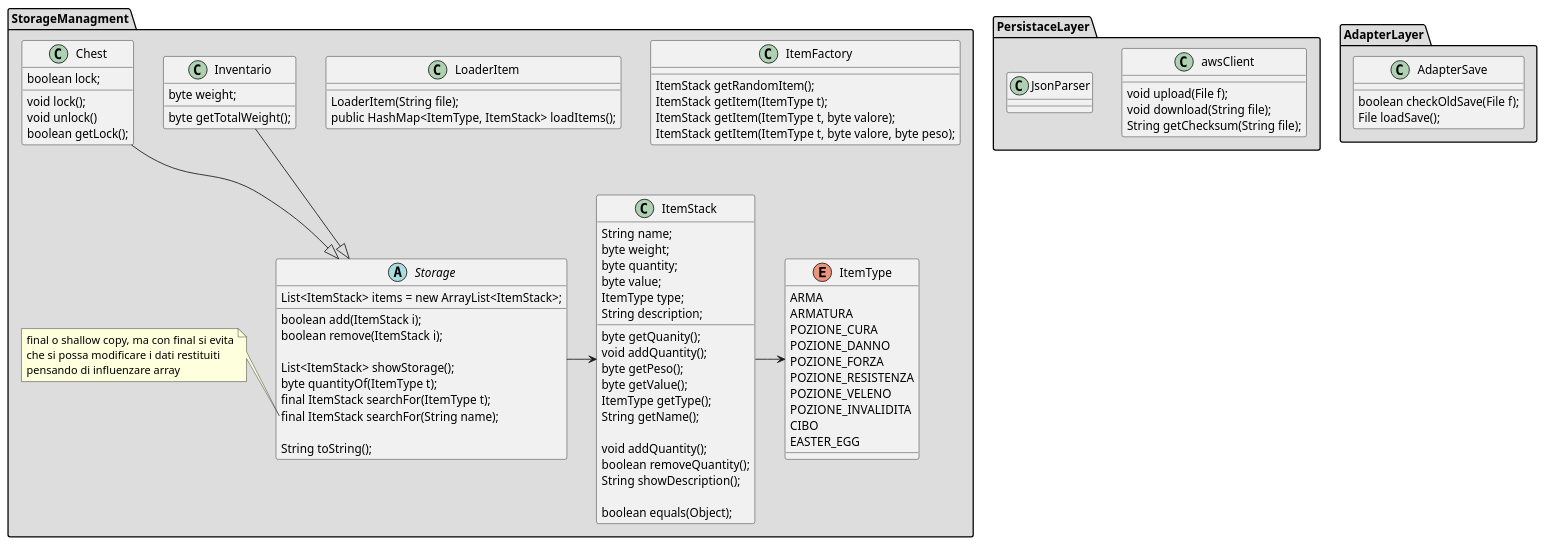
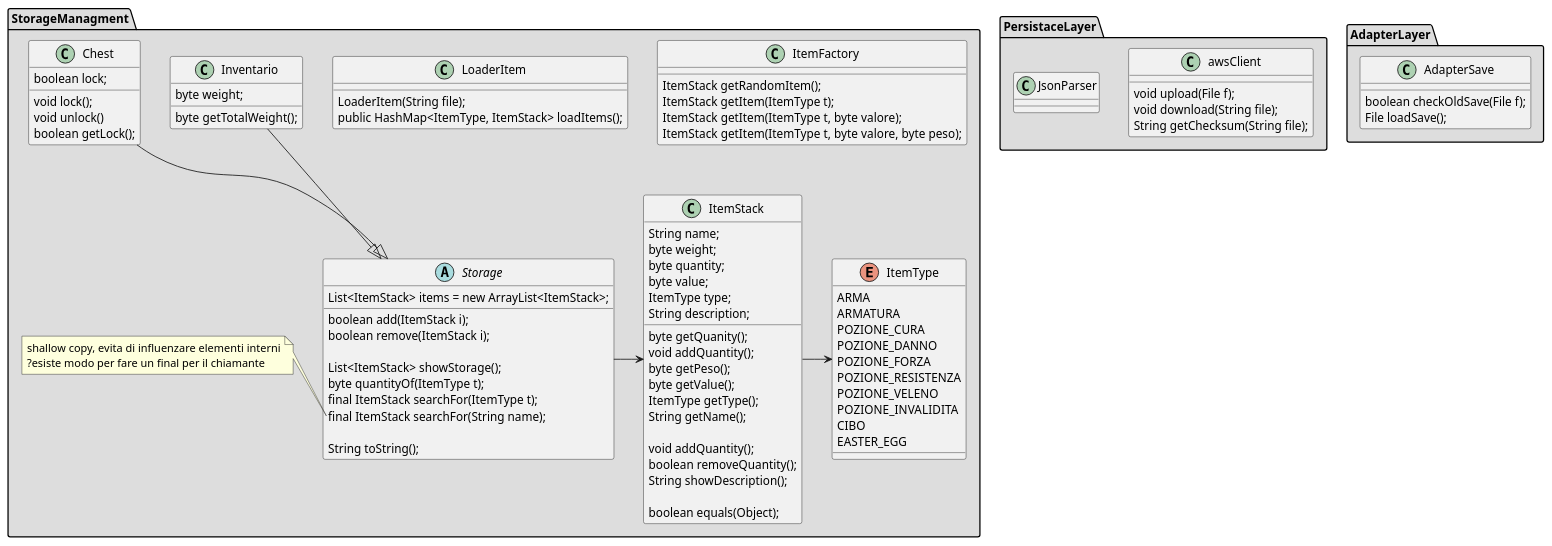
The diagram in DiagrammiUML/ClassDiagram(Storage-Persistance-Adapter).puml (PdP03/ACMD), drawn with PlantUML before and after one commit.

Commit message:
Update ClassDiagram(Storage-Persistance-Adapter).puml
Mi piacerebbe di più avere un final per il chiamante, ma forse non è possibile

```diff
--- a/DiagrammiUML/ClassDiagram(Storage-Persistance-Adapter).puml
+++ b/DiagrammiUML/ClassDiagram(Storage-Persistance-Adapter).puml
@@ -1,114 +1,113 @@
 @startuml
 package "StorageManagment" #DDDDDD{  /'songole tipologie elementi'/
 class ItemFactory
 {
   ItemStack getRandomItem();
   ItemStack getItem(ItemType t);
   ItemStack getItem(ItemType t, byte valore);
   ItemStack getItem(ItemType t, byte valore, byte peso);
 }
 
 class LoaderItem{
   LoaderItem(String file);
   public HashMap<ItemType, ItemStack> loadItems();
 }
 
 class ItemStack {
   String name;
   byte weight;
   byte quantity;
   byte value;
   ItemType type;   
   String description;
    
   byte getQuanity();
   void addQuantity();
   byte getPeso();
   byte getValue();
   ItemType getType();
   String getName();
 
   void addQuantity();
   boolean removeQuantity();
   String showDescription();
 
   boolean equals(Object);
 }
 
 enum ItemType{
   ARMA
   ARMATURA
   POZIONE_CURA
   POZIONE_DANNO
   POZIONE_FORZA
   POZIONE_RESISTENZA
   POZIONE_VELENO
   POZIONE_INVALIDITA
   CIBO
   EASTER_EGG
 }
 
 /'gestione di infiniti item'/
 abstract Storage{   
   List<ItemStack> items = new ArrayList<ItemStack>;
 
   boolean add(ItemStack i);
   boolean remove(ItemStack i);
 
   List<ItemStack> showStorage();
   byte quantityOf(ItemType t);
   final ItemStack searchFor(ItemType t);
   final ItemStack searchFor(String name);
 
   String toString();
 }
 note left of Storage::"searchFor(String name)"
-final o shallow copy, ma con final si evita
-che si possa modificare i dati restituiti
-pensando di influenzare array
+shallow copy, evita di influenzare elementi interni
+?esiste modo per fare un final per il chiamante
 end note
 
 class Inventario{
   byte weight;
   byte getTotalWeight();
 }
 
 class Chest{
   boolean lock;
   
   void lock();
   void unlock()
   boolean getLock();
 
 }
 
 }
 Storage -> ItemStack 
 Inventario --|> Storage
 
 Chest --|> Storage
 ItemStack -> ItemType
 
 
 
 
 package PersistaceLayer #DDDDDD{
   class awsClient{
     void upload(File f);
     void download(String file);
     String getChecksum(String file);  
   }
 
   class JsonParser{
     
   }
   
 }
 
 package AdapterLayer #DDDDDD{
   class AdapterSave{
     boolean checkOldSave(File f);
     File loadSave(); /'file'/
   }
 }
 @enduml
```
